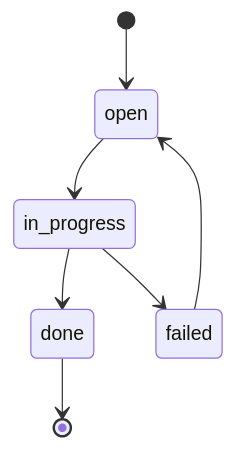
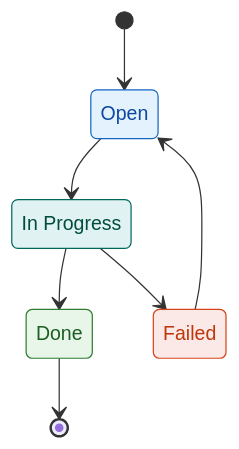
Before and after one commit to MDSoftware-DE/.github: the diagram in docs/codex/CODEX_ORG_STANDARDS.md, drawn with Mermaid. The commit also changed other lines of this file and 1 other file, not shown here.

Commit message:
docs(mermaid): recommend explicit state aliases and inline class markers

````diff
--- a/docs/codex/CODEX_ORG_STANDARDS.md
+++ b/docs/codex/CODEX_ORG_STANDARDS.md
@@ -53,19 +54,24 @@
 ```mermaid
 stateDiagram-v2
-  [*] --> open
-  open --> in_progress
-  in_progress --> done
-  in_progress --> failed
-  failed --> open
-  done --> [*]
+  state "Open" as open
+  state "In Progress" as in_progress
+  state "Done" as done
+  state "Failed" as failed
+
+  [*] --> open:::entry
+  open:::entry --> in_progress:::active
+  in_progress:::active --> done:::success
+  in_progress:::active --> failed:::error
+  failed:::error --> open:::entry
+  done:::success --> [*]
 
   classDef entry fill:#E3F2FD,stroke:#1565C0,color:#0D47A1;
   classDef active fill:#E0F2F1,stroke:#00695C,color:#004D40;
   classDef success fill:#E8F5E9,stroke:#2E7D32,color:#1B5E20;
   classDef error fill:#FBE9E7,stroke:#D84315,color:#BF360C;
 
   class open entry;
   class in_progress active;
   class done success;
   class failed error;
 ```
````
